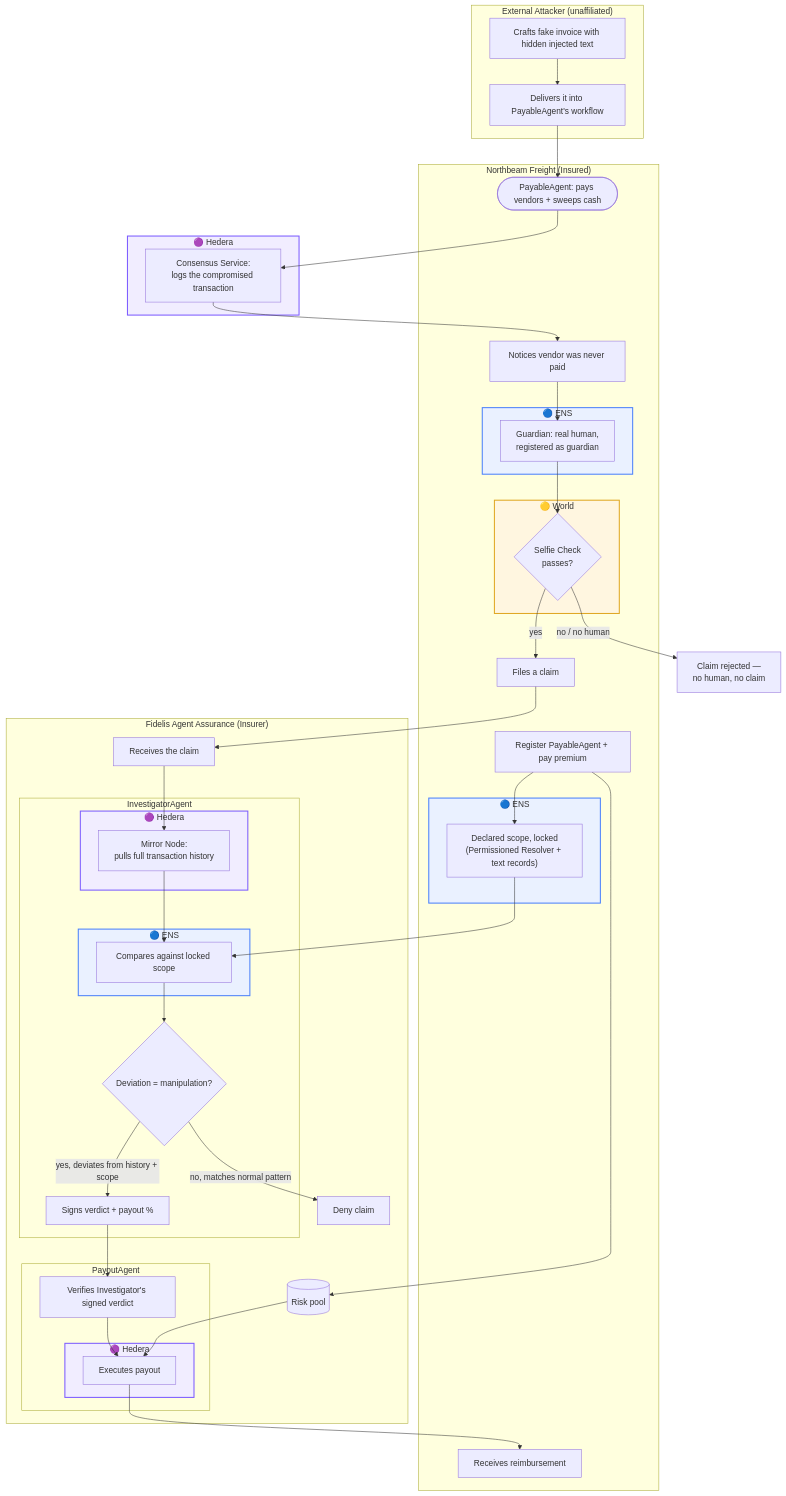
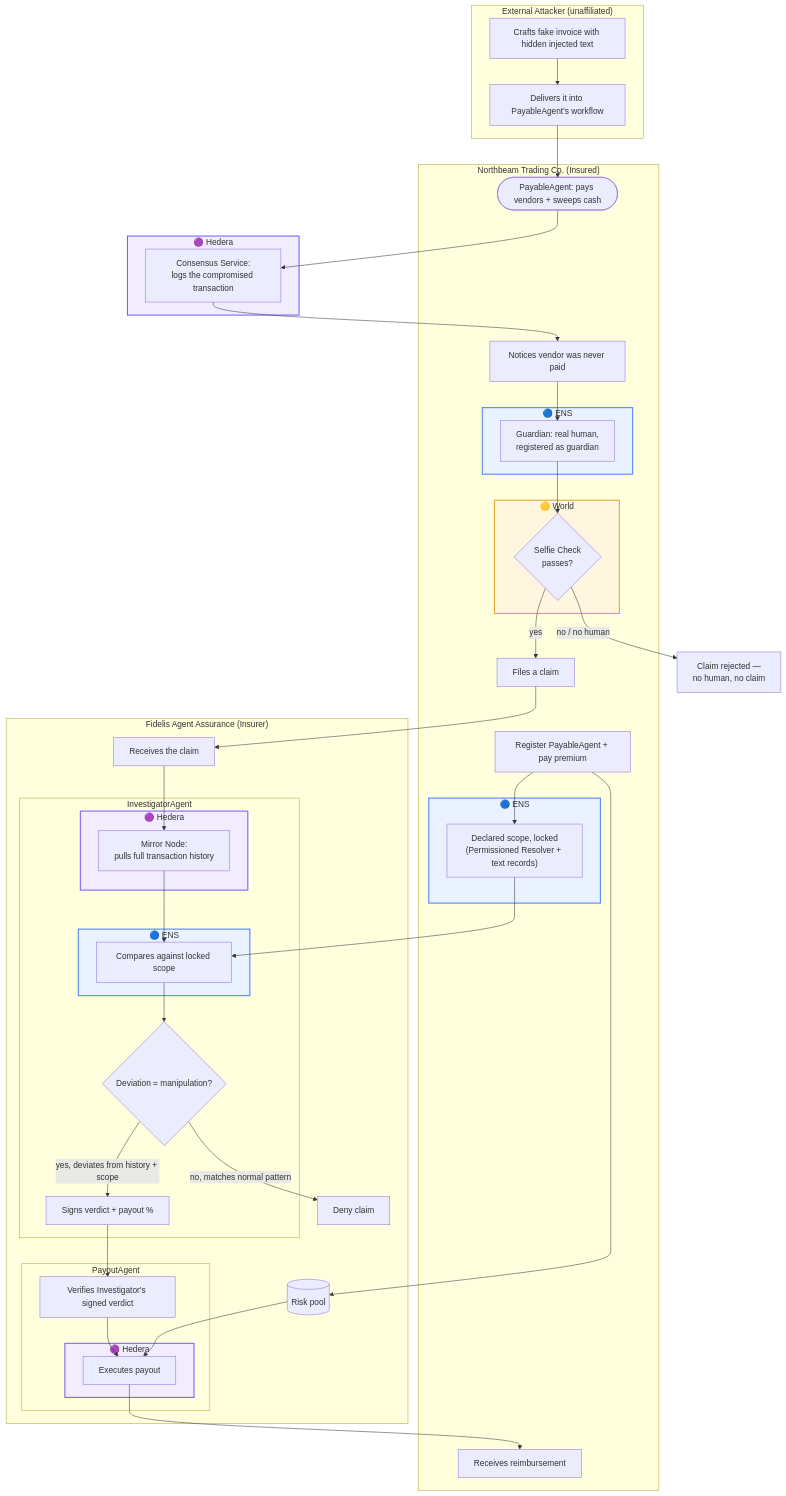
One commit to jianruan-io/agent-insure changed the fourth of 4 diagrams in README.md. Above: the diagram before and after it, drawn with Mermaid. The commit also changed other lines of this file, not shown here.

First line of the commit message:
Rename insured company from freight to wholesale trading

````diff
--- a/README.md
+++ b/README.md
@@ -214,80 +214,80 @@
 ```mermaid
 flowchart TD
-    subgraph COMPANY["Northbeam Freight (Insured)"]
+    subgraph COMPANY["Northbeam Trading Co. (Insured)"]
         REGISTER["Register PayableAgent + pay premium"]
 
         subgraph ENS_SCOPE["🔵 ENS"]
             SCOPE["Declared scope, locked<br/>(Permissioned Resolver + text records)"]
         end
 
         PAYABLE(["PayableAgent: pays vendors + sweeps cash"])
         NOTICE["Notices vendor was never paid"]
 
         subgraph ENS_GUARDIAN["🔵 ENS"]
             GUARDIAN["Guardian: real human,<br/>registered as guardian"]
         end
 
         subgraph WORLD_SELFIE["🟡 World"]
             SELFIE{"Selfie Check<br/>passes?"}
         end
 
         CLAIM["Files a claim"]
         PAID["Receives reimbursement"]
     end
 
     BLOCKED["Claim rejected —<br/>no human, no claim"]
 
     subgraph ATTACKER["External Attacker (unaffiliated)"]
         CRAFT["Crafts fake invoice with hidden injected text"]
         SEND["Delivers it into PayableAgent's workflow"]
     end
 
     subgraph HEDERA_LOG["🟣 Hedera"]
         LOG["Consensus Service:<br/>logs the compromised transaction"]
     end
 
     subgraph INSURER["Fidelis Agent Assurance (Insurer)"]
         POOL[("Risk pool")]
         INTAKE["Receives the claim"]
 
         subgraph INVESTIGATOR["InvestigatorAgent"]
             subgraph HEDERA_PULL["🟣 Hedera"]
                 PULL["Mirror Node:<br/>pulls full transaction history"]
             end
             subgraph ENS_CHECK["🔵 ENS"]
                 CHECK["Compares against locked scope"]
             end
             VERDICT{"Deviation = manipulation?"}
             SIGN["Signs verdict + payout %"]
         end
 
         subgraph PAYOUTAGENT["PayoutAgent"]
             VERIFY["Verifies Investigator's signed verdict"]
             subgraph HEDERA_EXEC["🟣 Hedera"]
                 EXECUTE["Executes payout"]
             end
         end
 
         DENY["Deny claim"]
     end
 
     REGISTER --> SCOPE
     REGISTER --> POOL
     CRAFT --> SEND --> PAYABLE --> LOG
     LOG --> NOTICE --> GUARDIAN --> SELFIE
     SELFIE -- "yes" --> CLAIM --> INTAKE
     SELFIE -- "no / no human" --> BLOCKED
     INTAKE --> PULL --> CHECK --> VERDICT
     SCOPE --> CHECK
     VERDICT -- "yes, deviates from history + scope" --> SIGN --> VERIFY --> EXECUTE
     VERDICT -- "no, matches normal pattern" --> DENY
     POOL --> EXECUTE --> PAID
 
     style ENS_SCOPE fill:#eaf1ff,stroke:#4c82fb,stroke-width:2px
     style ENS_GUARDIAN fill:#eaf1ff,stroke:#4c82fb,stroke-width:2px
     style ENS_CHECK fill:#eaf1ff,stroke:#4c82fb,stroke-width:2px
     style WORLD_SELFIE fill:#fff6e0,stroke:#e0a825,stroke-width:2px
     style HEDERA_LOG fill:#f1edff,stroke:#7c5cff,stroke-width:2px
     style HEDERA_PULL fill:#f1edff,stroke:#7c5cff,stroke-width:2px
     style HEDERA_EXEC fill:#f1edff,stroke:#7c5cff,stroke-width:2px
 ```
````
